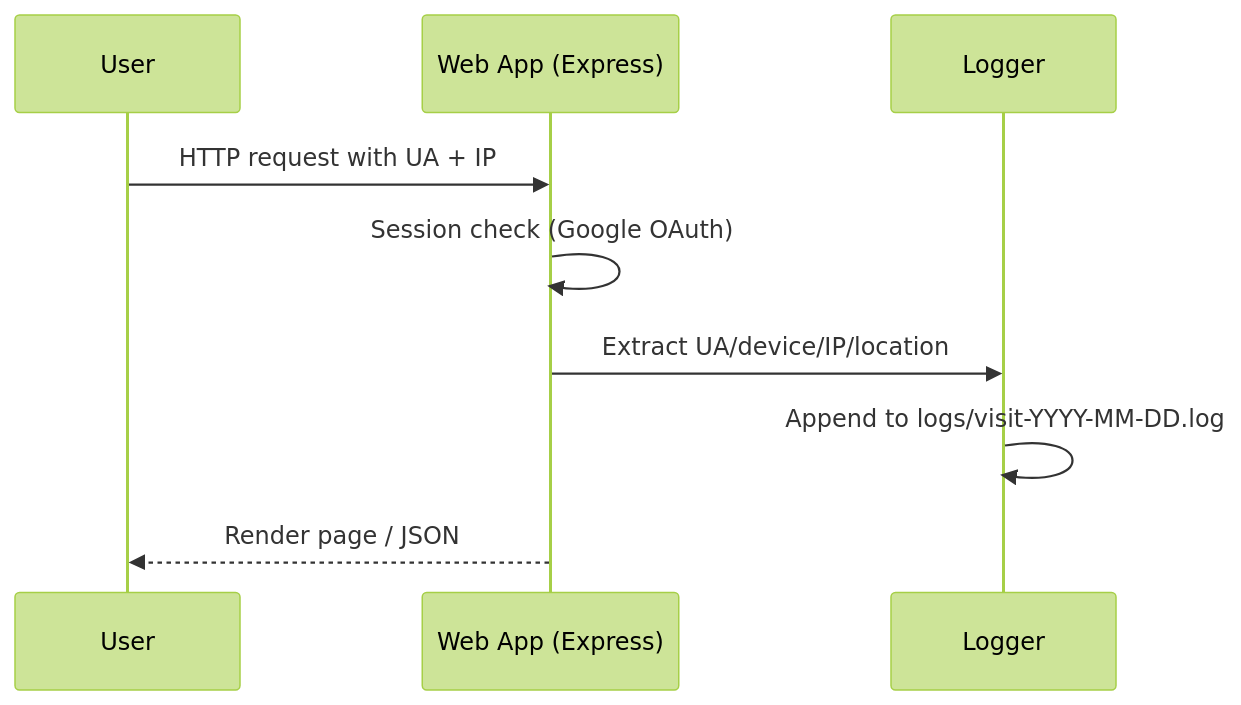
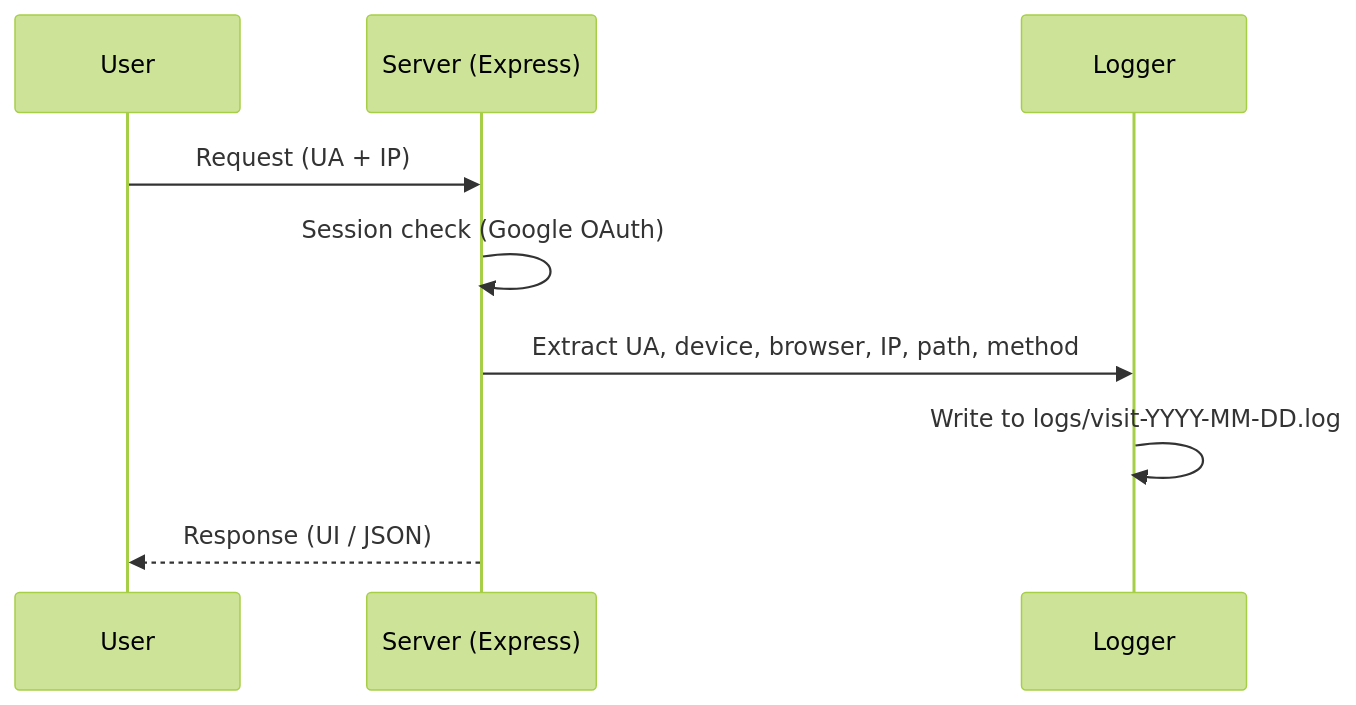
One commit to AshmitThakur23/Web-Visitor-Tracker- changed the third of 3 diagrams in README.md. Above: the diagram before and after it, drawn with Mermaid (forest theme). The commit also changed other lines of this file, not shown here.

````diff
--- a/README.md
+++ b/README.md
@@ -158,11 +160,11 @@
 ```mermaid
 sequenceDiagram
   participant U as User
-  participant W as Web App (Express)
+  participant S as Server (Express)
   participant L as Logger
-  U->>W: HTTP request with UA + IP
-  W->>W: Session check (Google OAuth)
-  W->>L: Extract UA/device/IP/location
-  L->>L: Append to logs/visit-YYYY-MM-DD.log
-  W-->>U: Render page / JSON
+  U->>S: Request (UA + IP)
+  S->>S: Session check (Google OAuth)
+  S->>L: Extract UA, device, browser, IP, path, method
+  L->>L: Write to logs/visit-YYYY-MM-DD.log
+  S-->>U: Response (UI / JSON)
 ```
````
